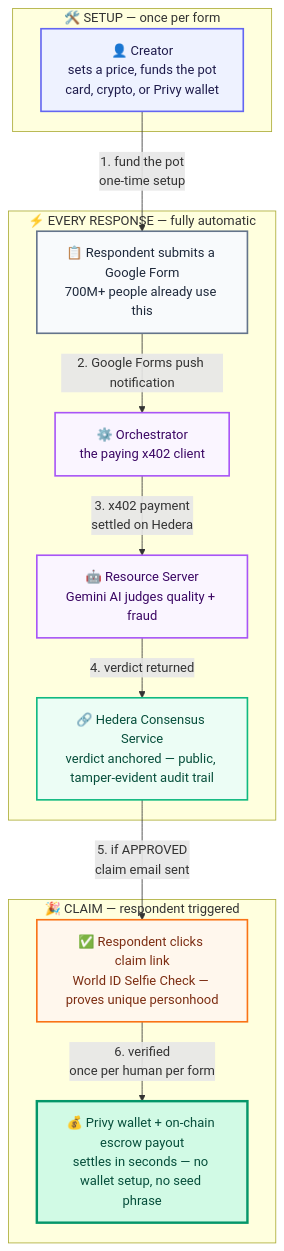
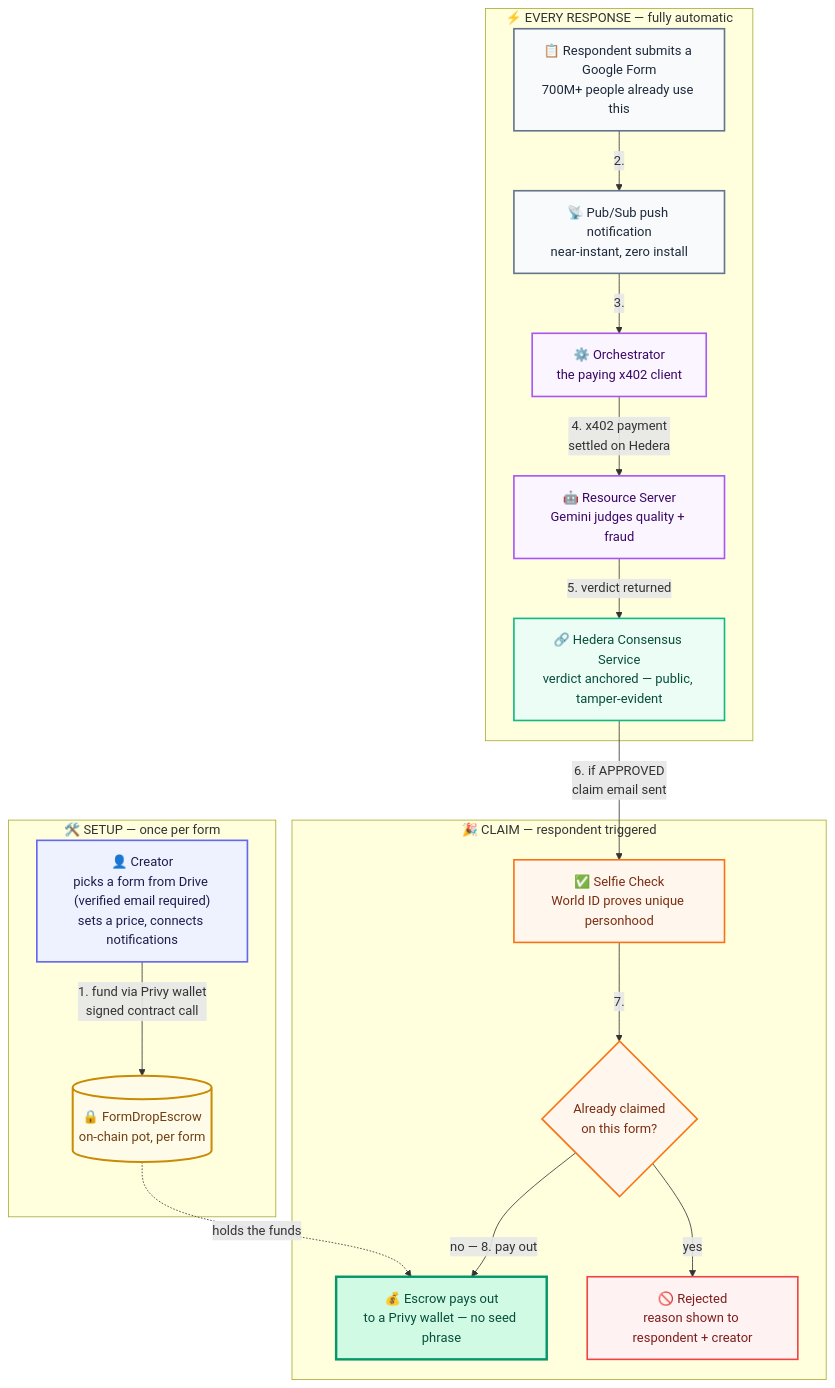
Before and after one commit to xaviersharwin10/FormDrop: the diagram in README.md, drawn with Mermaid. The commit also changed other lines of this file, not shown here.

Commit message:
Enrich architecture diagram with escrow contract, Pub/Sub, and claim rejection path

````diff
--- a/README.md
+++ b/README.md
@@ -80,39 +82,50 @@
 ```mermaid
 flowchart TD
     subgraph SETUP[" 🛠️ SETUP — once per form "]
-        A["👤 Creator<br/>sets a price, funds the pot<br/>card, crypto, or Privy wallet"]
+        A["👤 Creator<br/>picks a form from Drive (verified email required)<br/>sets a price, connects notifications"]
+        ESC[("🔒 FormDropEscrow<br/>on-chain pot, per form")]
+        A -->|"1. fund via Privy wallet<br/>signed contract call"| ESC
     end
 
     subgraph AUTOMATIC[" ⚡ EVERY RESPONSE — fully automatic "]
         B["📋 Respondent submits a Google Form<br/>700M+ people already use this"]
+        PS["📡 Pub/Sub push notification<br/>near-instant, zero install"]
         C["⚙️ Orchestrator<br/>the paying x402 client"]
-        D["🤖 Resource Server<br/>Gemini AI judges quality + fraud"]
-        E["🔗 Hedera Consensus Service<br/>verdict anchored — public, tamper-evident audit trail"]
-        B -->|"2. Google Forms push notification"| C
-        C -->|"3. x402 payment<br/>settled on Hedera"| D
-        D -->|"4. verdict returned"| E
+        D["🤖 Resource Server<br/>Gemini judges quality + fraud"]
+        E["🔗 Hedera Consensus Service<br/>verdict anchored — public, tamper-evident"]
+        B -->|"2."| PS -->|"3."| C
+        C -->|"4. x402 payment<br/>settled on Hedera"| D
+        D -->|"5. verdict returned"| E
     end
 
     subgraph CLAIM[" 🎉 CLAIM — respondent triggered "]
-        F["✅ Respondent clicks claim link<br/>World ID Selfie Check — proves unique personhood"]
-        G["💰 Privy wallet + on-chain escrow payout<br/>settles in seconds — no wallet setup, no seed phrase"]
-        F -->|"6. verified<br/>once per human per form"| G
+        F["✅ Selfie Check<br/>World ID proves unique personhood"]
+        N{"Already claimed<br/>on this form?"}
+        G["💰 Escrow pays out<br/>to a Privy wallet — no seed phrase"]
+        X["🚫 Rejected<br/>reason shown to respondent + creator"]
+        F -->|"7."| N
+        N -->|"no — 8. pay out"| G
+        N -->|"yes"| X
     end
 
-    A -->|"1. fund the pot<br/>one-time setup"| B
-    E -->|"5. if APPROVED<br/>claim email sent"| F
+    ESC -.->|"holds the funds"| G
+    E -->|"6. if APPROVED<br/>claim email sent"| F
 
     classDef creator fill:#eef2ff,stroke:#6366f1,stroke-width:2px,color:#1e1b4b
     classDef form fill:#f8fafc,stroke:#64748b,stroke-width:2px,color:#1e293b
     classDef backend fill:#faf5ff,stroke:#a855f7,stroke-width:2px,color:#3b0764
     classDef hedera fill:#ecfdf5,stroke:#10b981,stroke-width:2px,color:#064e3b
     classDef claim fill:#fff7ed,stroke:#f97316,stroke-width:2px,color:#7c2d12
     classDef payout fill:#d1fae5,stroke:#059669,stroke-width:3px,color:#064e3b
+    classDef escrow fill:#fefce8,stroke:#ca8a04,stroke-width:2.5px,color:#713f12
+    classDef reject fill:#fef2f2,stroke:#ef4444,stroke-width:2px,color:#7f1d1d
 
     class A creator
-    class B form
+    class B,PS form
     class C,D backend
     class E hedera
-    class F claim
+    class F,N claim
     class G payout
+    class ESC escrow
+    class X reject
 ```
````
